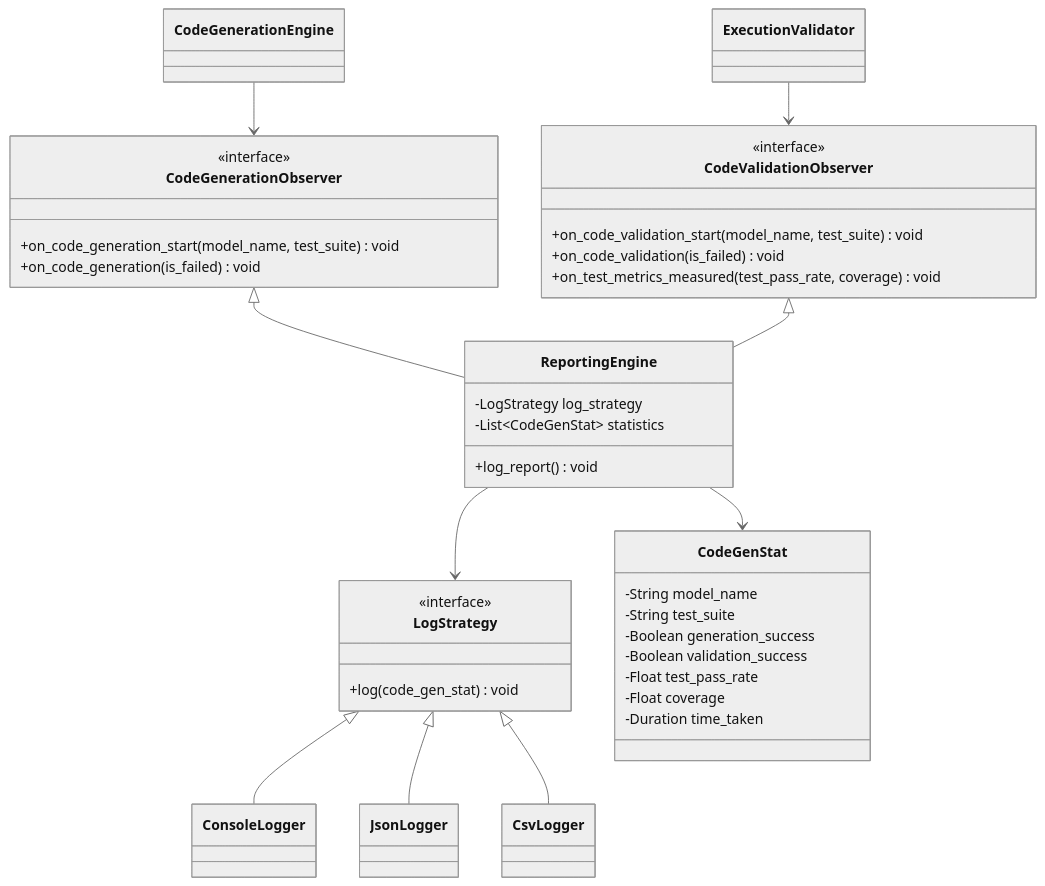
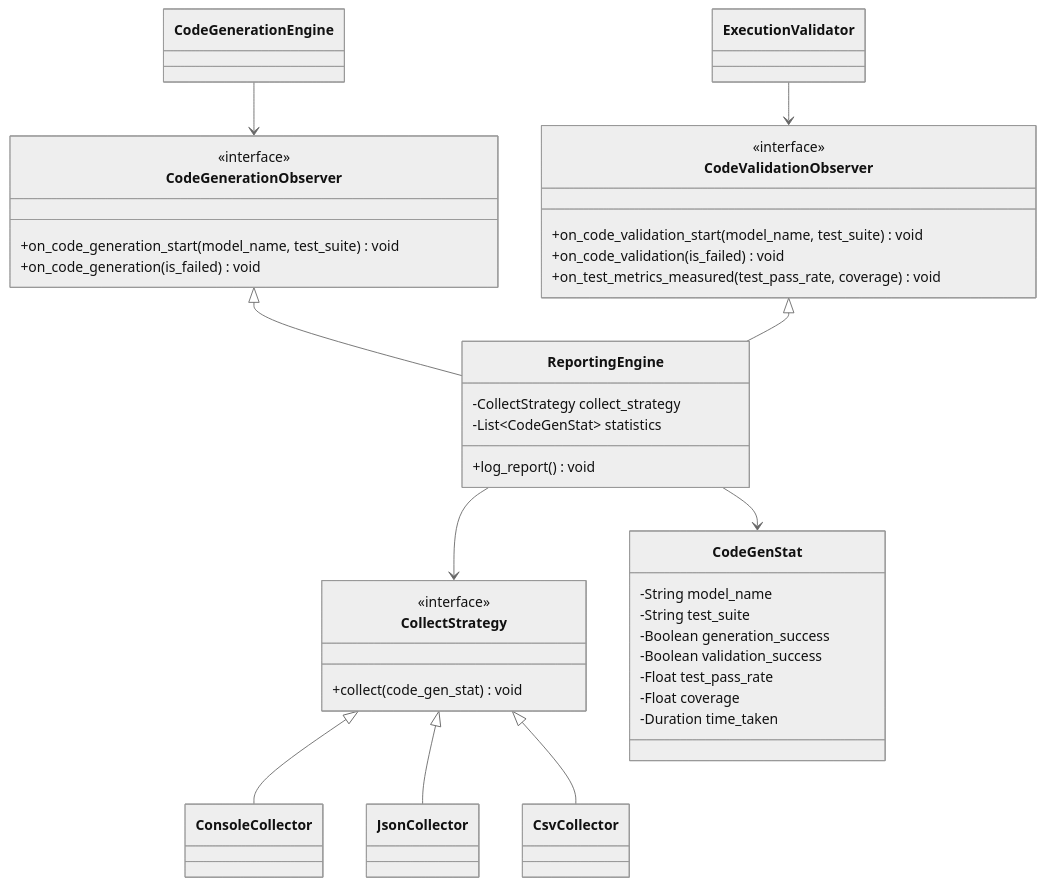
The seventh of 7 diagrams in docs/design.md (FilippoGurioli/test-2-code-llm), drawn with Mermaid (neutral theme) before and after one commit. The commit also changed other lines of this file and 1 other file, not shown here.

Commit message:
docs: complete design... more or less£

````diff
--- a/docs/design.md
+++ b/docs/design.md
@@ -242,46 +239,46 @@
 ```mermaid
 classDiagram
     class ReportingEngine {
-        -LogStrategy log_strategy
+        -CollectStrategy collect_strategy
         -List~CodeGenStat~ statistics
         +log_report() void
     }
 
     class CodeGenerationObserver {
         <<interface>>
         +on_code_generation_start(model_name, test_suite) void
         +on_code_generation(is_failed) void
     }
 
     class CodeValidationObserver {
         <<interface>>
         +on_code_validation_start(model_name, test_suite) void
         +on_code_validation(is_failed) void
         +on_test_metrics_measured(test_pass_rate, coverage) void
     }
 
-    class LogStrategy {
+    class CollectStrategy {
         <<interface>>
-        +log(code_gen_stat) void
+        +collect(code_gen_stat) void
     }
 
     class CodeGenStat {
         -String model_name
         -String test_suite
         -Boolean generation_success
         -Boolean validation_success
         -Float test_pass_rate
         -Float coverage
         -Duration time_taken
     }
 
     CodeGenerationEngine --> CodeGenerationObserver
     ExecutionValidator --> CodeValidationObserver
     CodeGenerationObserver <|-- ReportingEngine
     CodeValidationObserver <|-- ReportingEngine
-    ReportingEngine --> LogStrategy
+    ReportingEngine --> CollectStrategy
     ReportingEngine --> CodeGenStat
-    LogStrategy <|-- ConsoleLogger
-    LogStrategy <|-- JsonLogger
-    LogStrategy <|-- CsvLogger
+    CollectStrategy <|-- ConsoleCollector
+    CollectStrategy <|-- JsonCollector
+    CollectStrategy <|-- CsvCollector
 ```
````
